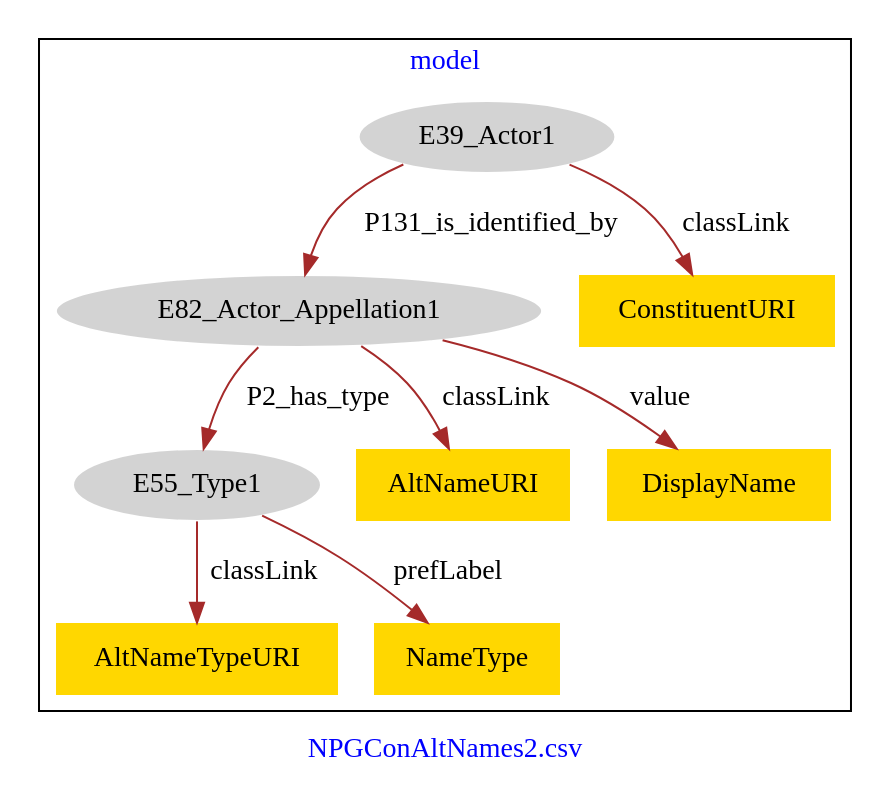
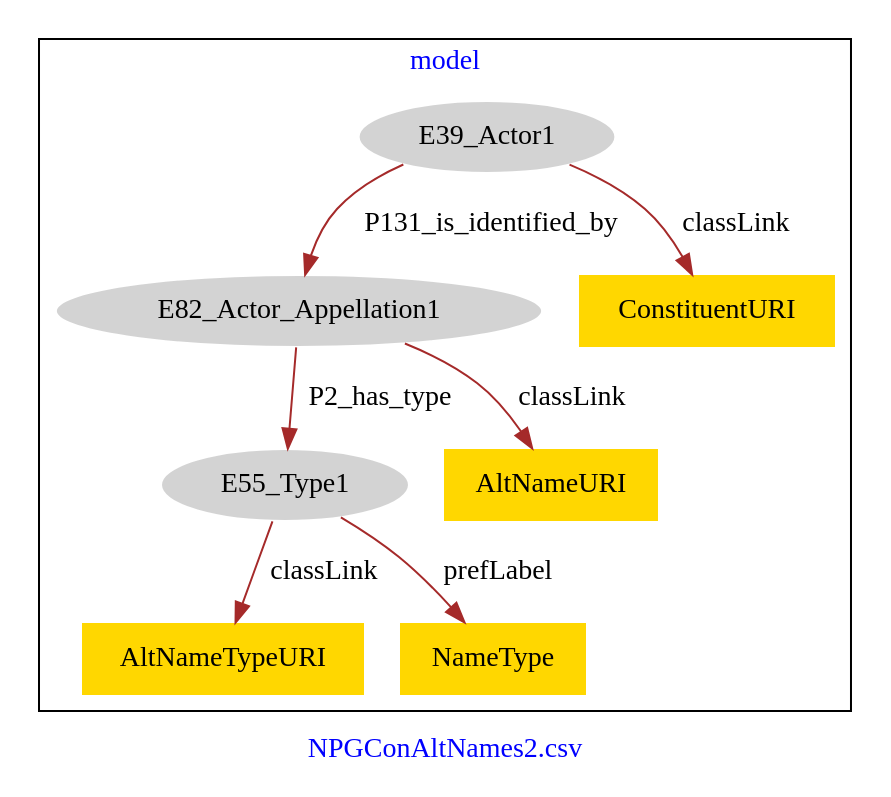
The diagram in NPGConAltNames/NPGConAltNames2-model.dot (american-art/npg), drawn with Graphviz before and after one commit.

Commit message:
Update file NPGConAltNames2-model.dot

```diff
--- a/NPGConAltNames/NPGConAltNames2-model.dot
+++ b/NPGConAltNames/NPGConAltNames2-model.dot
@@ -1,23 +1,21 @@
 digraph n0 {
 fontcolor="blue"
 remincross="true"
 label="NPGConAltNames2.csv"
 subgraph cluster {
 label="model"
 n2[style="filled",color="white",fillcolor="lightgray",label="E39_Actor1"];
 n3[style="filled",color="white",fillcolor="lightgray",label="E82_Actor_Appellation1"];
 n4[style="filled",color="white",fillcolor="lightgray",label="E55_Type1"];
 n5[shape="plaintext",style="filled",fillcolor="gold",label="AltNameURI"];
-n6[shape="plaintext",style="filled",fillcolor="gold",label="ConstituentURI"];
-n7[shape="plaintext",style="filled",fillcolor="gold",label="AltNameTypeURI"];
-n8[shape="plaintext",style="filled",fillcolor="gold",label="NameType"];
-n9[shape="plaintext",style="filled",fillcolor="gold",label="DisplayName"];
+n6[shape="plaintext",style="filled",fillcolor="gold",label="AltNameTypeURI"];
+n7[shape="plaintext",style="filled",fillcolor="gold",label="NameType"];
+n8[shape="plaintext",style="filled",fillcolor="gold",label="ConstituentURI"];
 }
 n2 -> n3[color="brown",fontcolor="black",label="P131_is_identified_by"]
 n3 -> n4[color="brown",fontcolor="black",label="P2_has_type"]
 n3 -> n5[color="brown",fontcolor="black",label="classLink"]
-n2 -> n6[color="brown",fontcolor="black",label="classLink"]
-n4 -> n7[color="brown",fontcolor="black",label="classLink"]
-n4 -> n8[color="brown",fontcolor="black",label="prefLabel"]
-n3 -> n9[color="brown",fontcolor="black",label="value"]
+n4 -> n6[color="brown",fontcolor="black",label="classLink"]
+n4 -> n7[color="brown",fontcolor="black",label="prefLabel"]
+n2 -> n8[color="brown",fontcolor="black",label="classLink"]
 }
```
